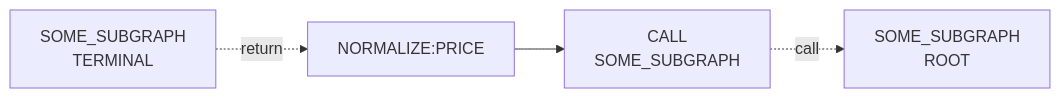
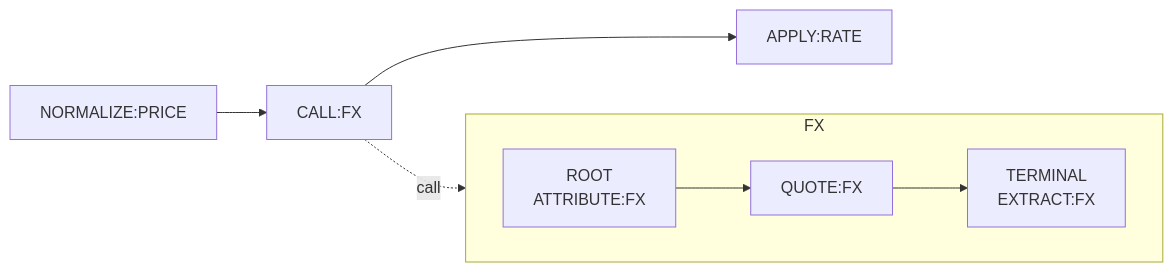
One commit to omry/hoodlefinance changed the diagram in docs/design/routing/subgraph-call-support.md. Above: the diagram before and after it, drawn with Mermaid. The commit also changed other lines of this file and 1 other file, not shown here.

````diff
--- a/docs/design/routing/subgraph-call-support.md
+++ b/docs/design/routing/subgraph-call-support.md
@@ -223,11 +297,18 @@
 ```mermaid
 flowchart LR
   CALLER["NORMALIZE:PRICE"]
-  CALLSUB["CALL<br/>SOME_SUBGRAPH"]
-  SUBIN["SOME_SUBGRAPH<br/>ROOT"]
-  SUBOUT["SOME_SUBGRAPH<br/>TERMINAL"]
+  CALLSUB["CALL:FX"]
+  NEXT["APPLY:RATE"]
+
+  subgraph FX["FX"]
+    direction LR
+    SUBIN["ROOT<br/>ATTRIBUTE:FX"]
+    SUBMID["QUOTE:FX"]
+    SUBOUT["TERMINAL<br/>EXTRACT:FX"]
+    SUBIN --> SUBMID --> SUBOUT
+  end
 
   CALLER --> CALLSUB
+  CALLSUB --> NEXT
   CALLSUB -. call .-> SUBIN
-  SUBOUT -. return .-> CALLER
 ```
````
